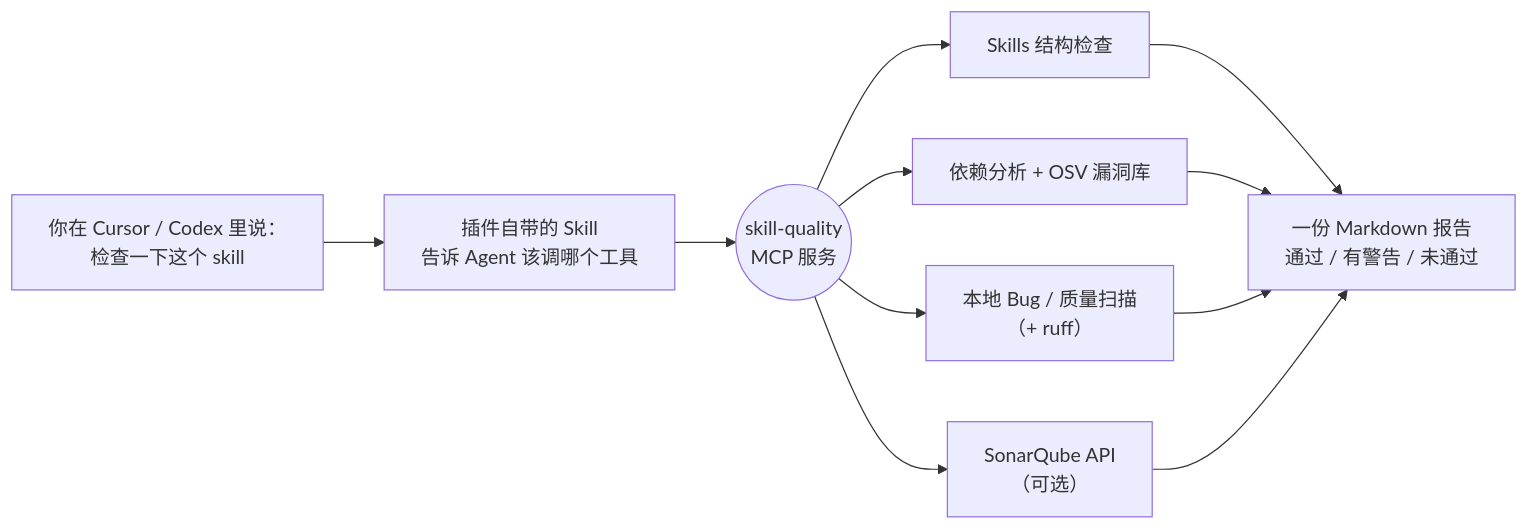
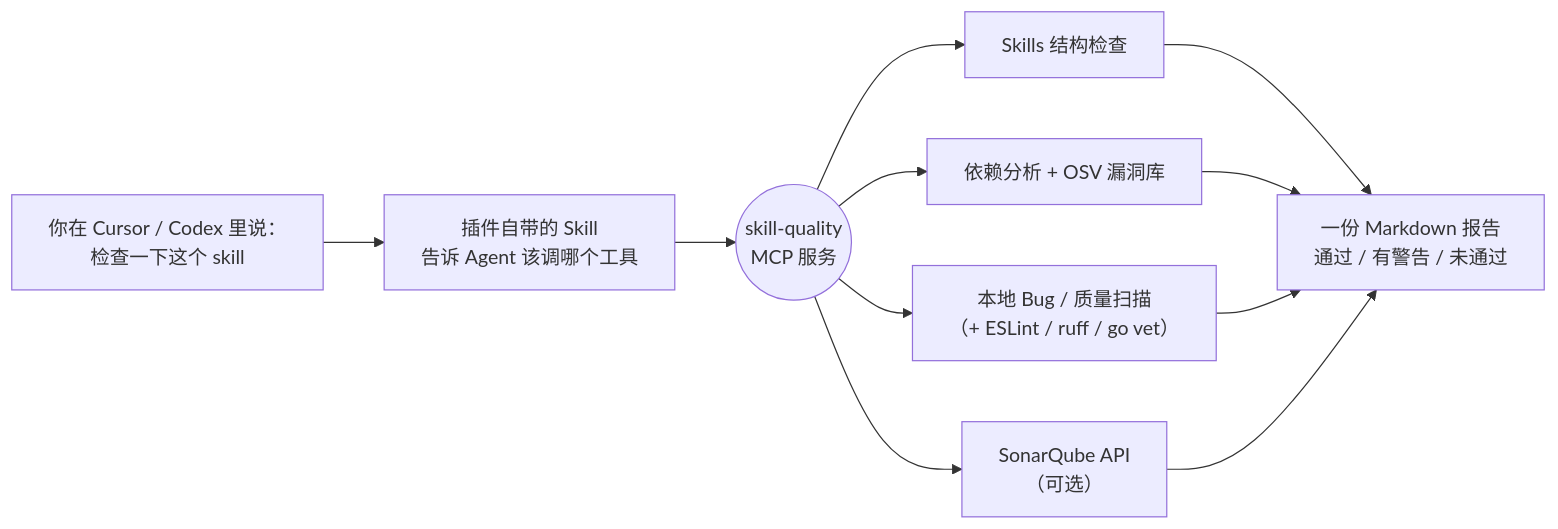
Before and after one commit to LoveMuZiLi/skill-quality-mcp: the diagram in README.md, drawn with Mermaid. The commit also changed other lines of this file and 15 other files, not shown here.

````diff
--- a/README.md
+++ b/README.md
@@ -79,10 +79,10 @@
 ```mermaid
 flowchart LR
     U["你在 Cursor / Codex 里说：<br/>检查一下这个 skill"] --> S["插件自带的 Skill<br/>告诉 Agent 该调哪个工具"]
     S --> M(("skill-quality<br/>MCP 服务"))
     M --> A["Skills 结构检查"]
     M --> B["依赖分析 + OSV 漏洞库"]
-    M --> C["本地 Bug / 质量扫描<br/>（+ ruff）"]
+    M --> C["本地 Bug / 质量扫描<br/>（+ ESLint / ruff / go vet）"]
     M --> D["SonarQube API<br/>（可选）"]
     A & B & C & D --> R["一份 Markdown 报告<br/>通过 / 有警告 / 未通过"]
 ```
````
